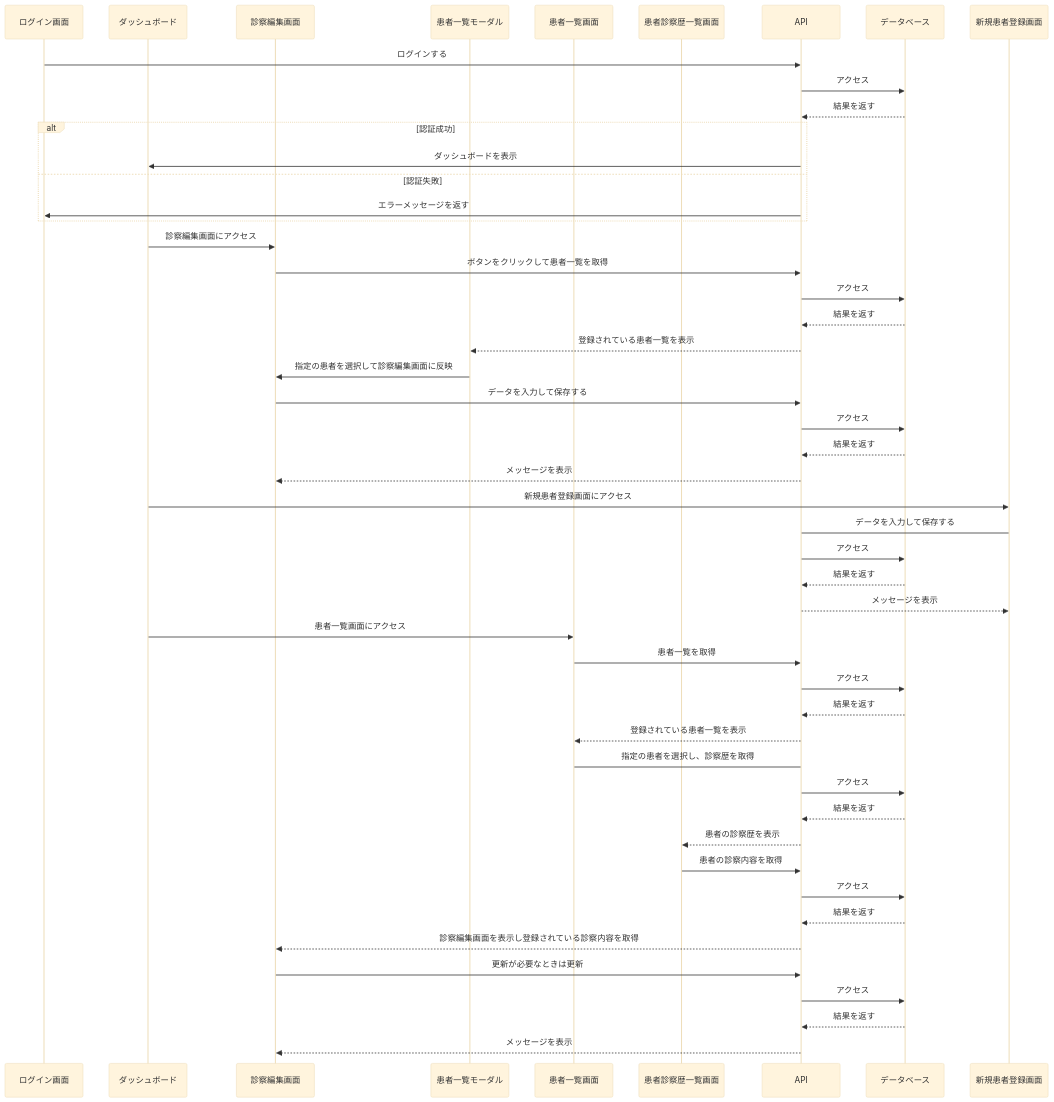
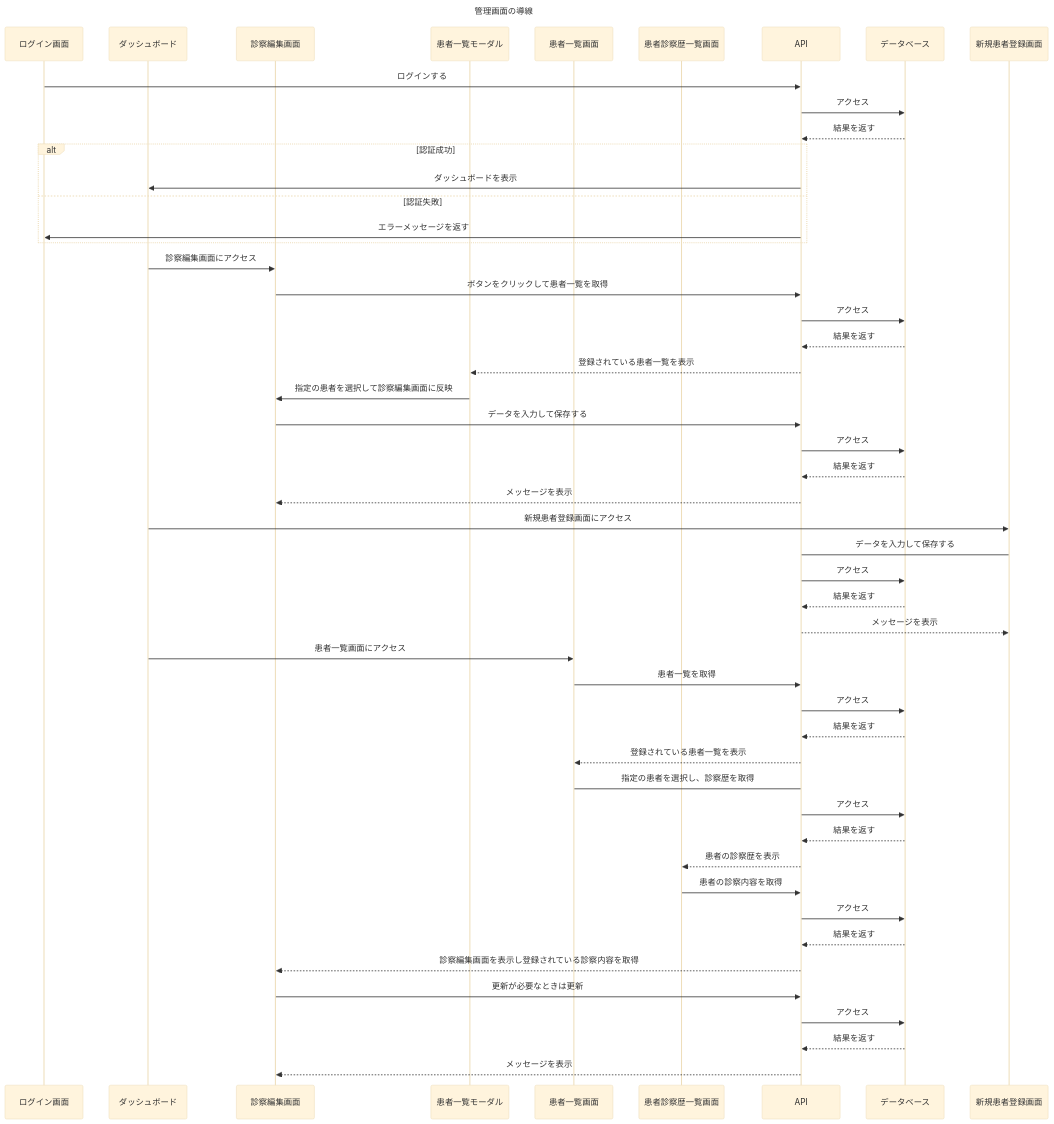
The diagram in SequenceDiagram/doctor.md (kubo-work/PortfolioSystemDesign), drawn with Mermaid (base theme) before and after one commit. The commit also changed 1 other file, not shown here.

Commit message:
タイトルの設定

````diff
--- a/SequenceDiagram/doctor.md
+++ b/SequenceDiagram/doctor.md
@@ -7,58 +4,61 @@
 ```mermaid
+---
+title: 管理画面の導線
+---
 sequenceDiagram
     participant ログイン画面
     participant ダッシュボード
     participant 診察編集画面
     participant 患者一覧モーダル
     participant 診察編集画面
     participant 患者一覧画面
     participant 患者診察歴一覧画面
     participant API
     participant データベース
    
     ログイン画面->>API:ログインする
     API->>データベース:アクセス
     データベース-->>API:結果を返す
 
     alt 認証成功
         API->>ダッシュボード:ダッシュボードを表示
     else 認証失敗
         API->>ログイン画面:エラーメッセージを返す
     end
 
     ダッシュボード->>診察編集画面:診察編集画面にアクセス
     診察編集画面->>API:ボタンをクリックして患者一覧を取得
     API->>データベース:アクセス
     データベース-->>API:結果を返す
     API-->>患者一覧モーダル:登録されている患者一覧を表示
     患者一覧モーダル->>診察編集画面:指定の患者を選択して診察編集画面に反映
 
     診察編集画面->>API:データを入力して保存する
     API->>データベース:アクセス
     データベース-->>API:結果を返す
     API-->>診察編集画面:メッセージを表示
 
     ダッシュボード->>新規患者登録画面:新規患者登録画面にアクセス
     新規患者登録画面->API:データを入力して保存する
     API->>データベース:アクセス
     データベース-->>API:結果を返す
     API-->>新規患者登録画面:メッセージを表示
 
      ダッシュボード->>患者一覧画面:患者一覧画面にアクセス
      患者一覧画面->>API:患者一覧を取得
     API->>データベース:アクセス
     データベース-->>API:結果を返す
     API-->>患者一覧画面:登録されている患者一覧を表示
     患者一覧画面->API:指定の患者を選択し、診察歴を取得
     API->>データベース:アクセス
     データベース-->>API:結果を返す
     API-->>患者診察歴一覧画面:患者の診察歴を表示
     患者診察歴一覧画面->>API:患者の診察内容を取得
       API->>データベース:アクセス
     データベース-->>API:結果を返す
     API-->>診察編集画面:診察編集画面を表示し登録されている診察内容を取得
     診察編集画面->>API:更新が必要なときは更新
       API->>データベース:アクセス
     データベース-->>API:結果を返す
      API-->>診察編集画面:メッセージを表示
 ```
````
